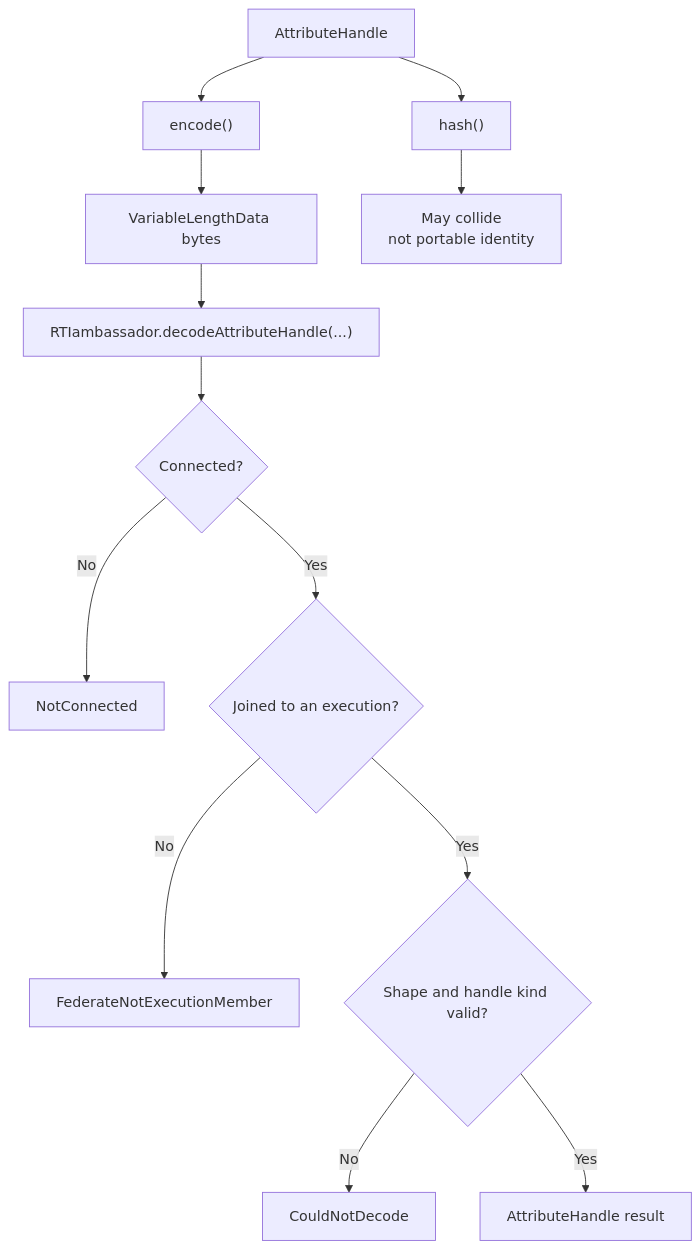
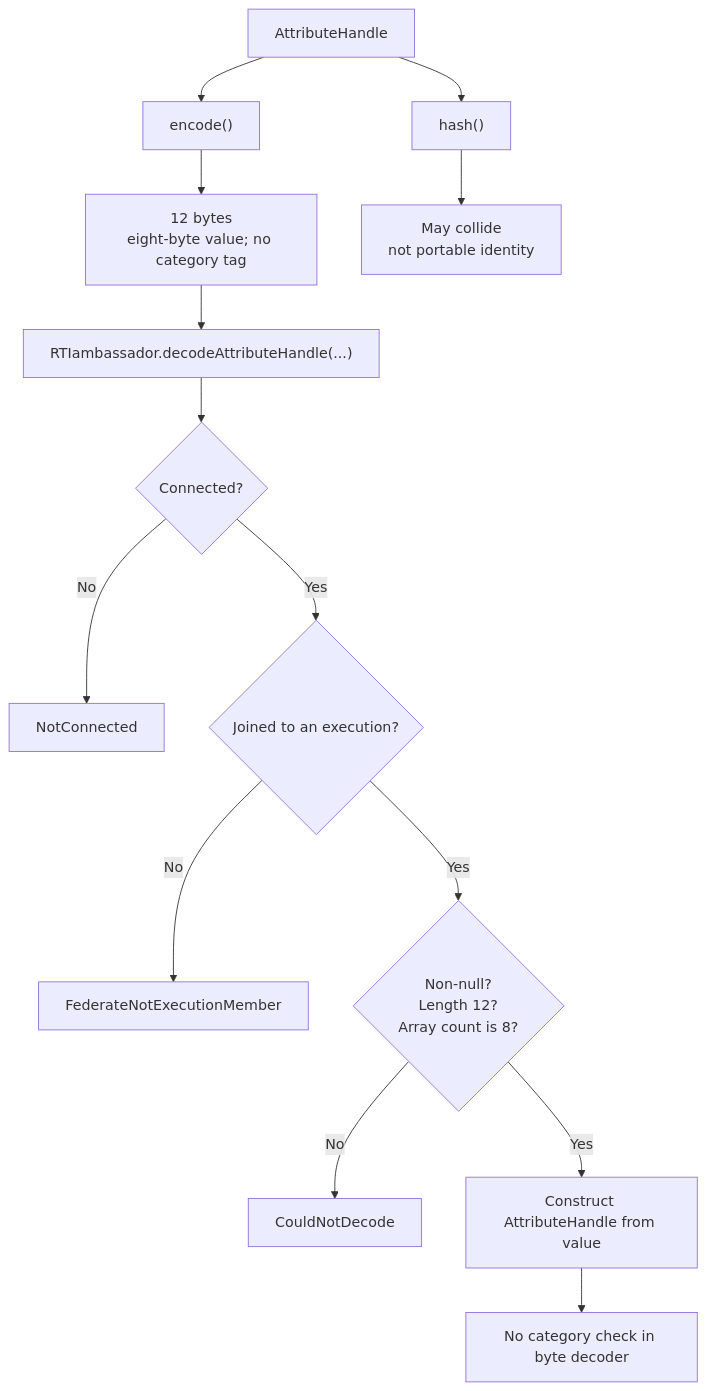
One commit to sheepfling/umbra changed the sixth of 10 diagrams in docs/design/HLA-2025-NAME-AND-HANDLE-RESOLUTION-FLOW-GUIDE.md. Above: the diagram before and after it, drawn with Mermaid. The commit also changed other lines of this file and 36 other files, not shown here.

````diff
--- a/docs/design/HLA-2025-NAME-AND-HANDLE-RESOLUTION-FLOW-GUIDE.md
+++ b/docs/design/HLA-2025-NAME-AND-HANDLE-RESOLUTION-FLOW-GUIDE.md
@@ -363,15 +367,16 @@
 ```mermaid
 flowchart TB
     A["AttributeHandle"] --> B["encode()"]
-    B --> C["VariableLengthData bytes"]
+    B --> C["12 bytes<br/>eight-byte value; no category tag"]
     C --> D["RTIambassador.decodeAttributeHandle(...)"]
     D --> E{"Connected?"}
     E -->|No| F["NotConnected"]
     E -->|Yes| G{"Joined to an execution?"}
     G -->|No| H["FederateNotExecutionMember"]
-    G -->|Yes| I{"Shape and handle kind valid?"}
+    G -->|Yes| I{"Non-null?<br/>Length 12?<br/>Array count is 8?"}
     I -->|No| J["CouldNotDecode"]
-    I -->|Yes| K["AttributeHandle result"]
-    A --> L["hash()"]
-    L --> M["May collide<br/>not portable identity"]
+    I -->|Yes| K["Construct AttributeHandle from value"]
+    K --> L["No category check in byte decoder"]
+    A --> M["hash()"]
+    M --> N["May collide<br/>not portable identity"]
 ```
````
